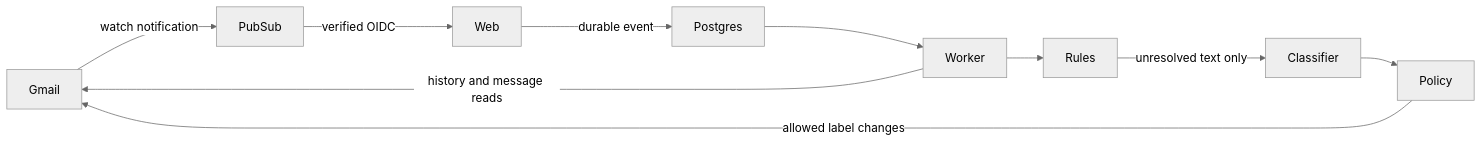
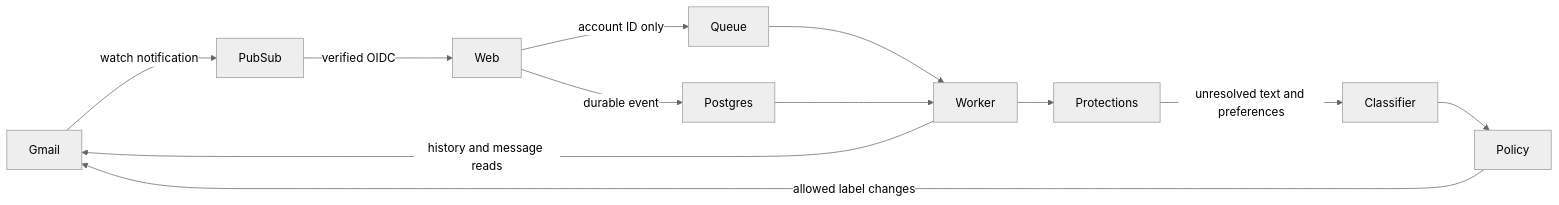
The diagram in docs/architecture.md (josebenitezg/sotto), drawn with Mermaid (neutral theme) before and after one commit. The commit also changed other lines of this file and 27 other files, not shown here.

````diff
--- a/docs/architecture.md
+++ b/docs/architecture.md
@@ -5,12 +5,14 @@
 ```mermaid
 flowchart LR
   Gmail -->|watch notification| PubSub
   PubSub -->|verified OIDC| Web
   Web -->|durable event| Postgres
+  Web -->|account ID only| Queue
+  Queue --> Worker
   Postgres --> Worker
   Worker -->|history and message reads| Gmail
-  Worker --> Rules
-  Rules -->|unresolved text only| Classifier
+  Worker --> Protections
+  Protections -->|unresolved text and preferences| Classifier
   Classifier --> Policy
   Policy -->|allowed label changes| Gmail
 ```
````
